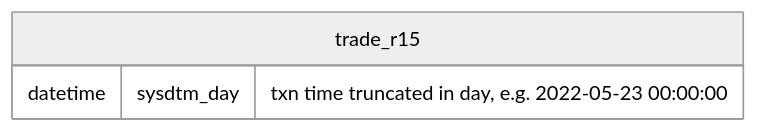
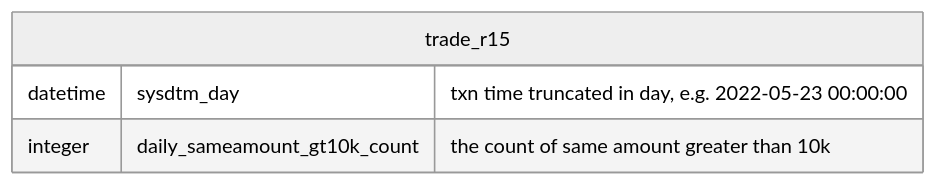
The sixth of 7 diagrams in data-dictionary.md (lncknight/qf-data-dictionary), drawn with Mermaid (neutral theme) before and after one commit.

Commit message:
Add daily_sameamount_gt10k_count

````diff
--- a/data-dictionary.md
+++ b/data-dictionary.md
@@ -128,7 +130,7 @@
 ```mermaid
 erDiagram
   trade_r15 {
     datetime sysdtm_day "txn time truncated in day, e.g. 2022-05-23 00:00:00"
-
+    integer daily_sameamount_gt10k_count "the count of same amount greater than 10k"
   }
 ```
````
